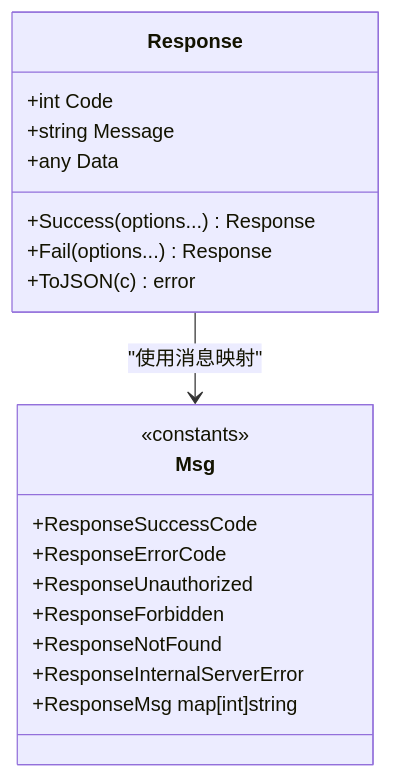
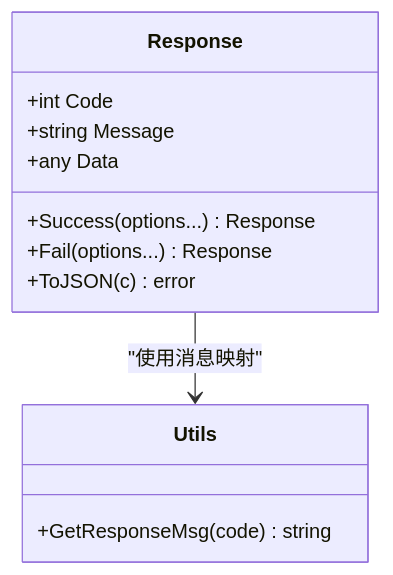
Before and after one commit to wuwuseo/e-sports-go-admin: the third of 6 diagrams in .qoder/repowiki/zh/content/开发指南/代码规范.md, drawn with Mermaid. The commit also changed other lines of this file and 141 other files, not shown here.

````diff
--- a/.qoder/repowiki/zh/content/开发指南/代码规范.md
+++ b/.qoder/repowiki/zh/content/开发指南/代码规范.md
@@ -160,22 +215,15 @@
 ```mermaid
 classDiagram
 class Response {
 +int Code
 +string Message
 +any Data
 +Success(options...) Response
 +Fail(options...) Response
 +ToJSON(c) error
 }
-class Msg {
-<<constants>>
-+ResponseSuccessCode
-+ResponseErrorCode
-+ResponseUnauthorized
-+ResponseForbidden
-+ResponseNotFound
-+ResponseInternalServerError
-+ResponseMsg map[int]string
+class Utils {
++GetResponseMsg(code) string
 }
-Response --> Msg : "使用消息映射"
+Response --> Utils : "使用消息映射"
 ```
````
